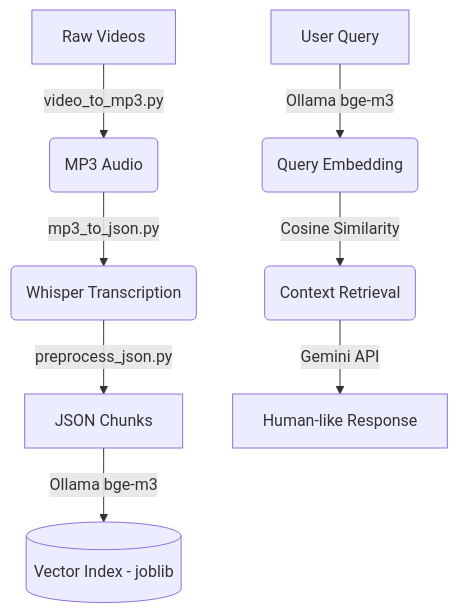
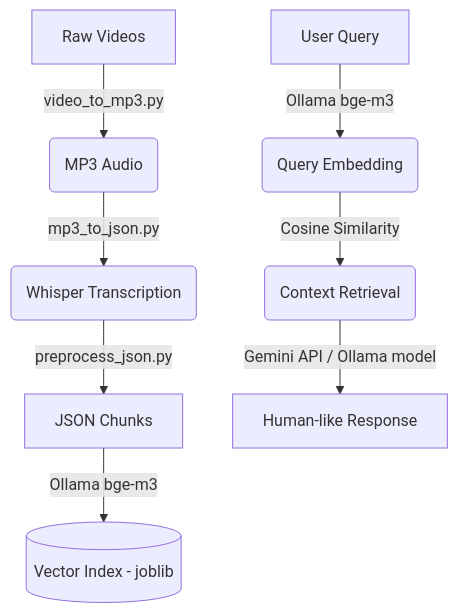
The diagram in Readme.md (SahilShinde108/AI-Teaching-Assistant-RAG-), drawn with Mermaid before and after one commit.

Commit message:
Readme Updated

````diff
--- a/Readme.md
+++ b/Readme.md
@@ -26,10 +26,10 @@
 ```mermaid
 graph TD
     A[Raw Videos] -->|video_to_mp3.py| B(MP3 Audio)
     B -->|mp3_to_json.py| C(Whisper Transcription)
     C -->|preprocess_json.py| D[JSON Chunks]
     D -->|Ollama bge-m3| E[(Vector Index - joblib)]
     F[User Query] -->|Ollama bge-m3| G(Query Embedding)
     G -->|Cosine Similarity| H(Context Retrieval)
-    H -->|Gemini API| I[Human-like Response]
+    H -->|Gemini API / Ollama model| I[Human-like Response]
 ```
````
